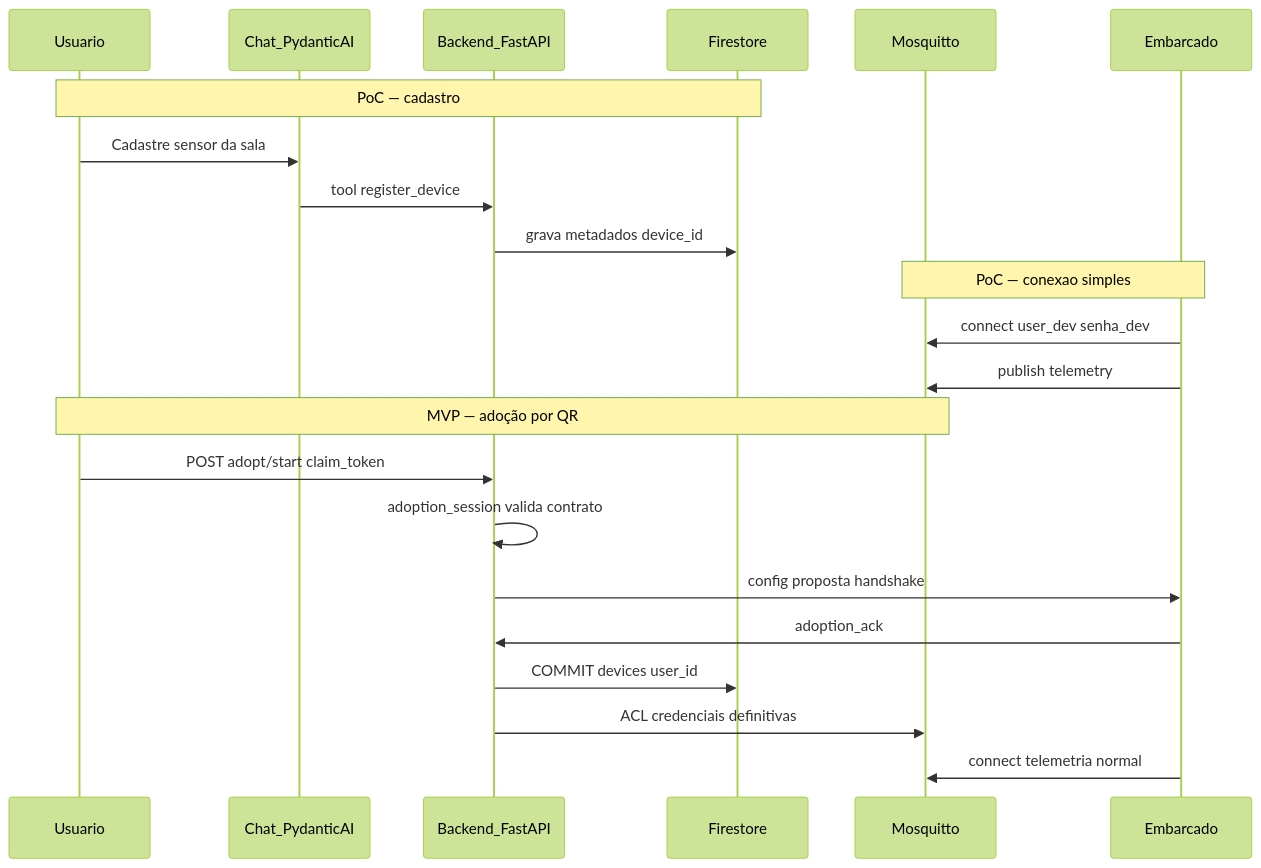
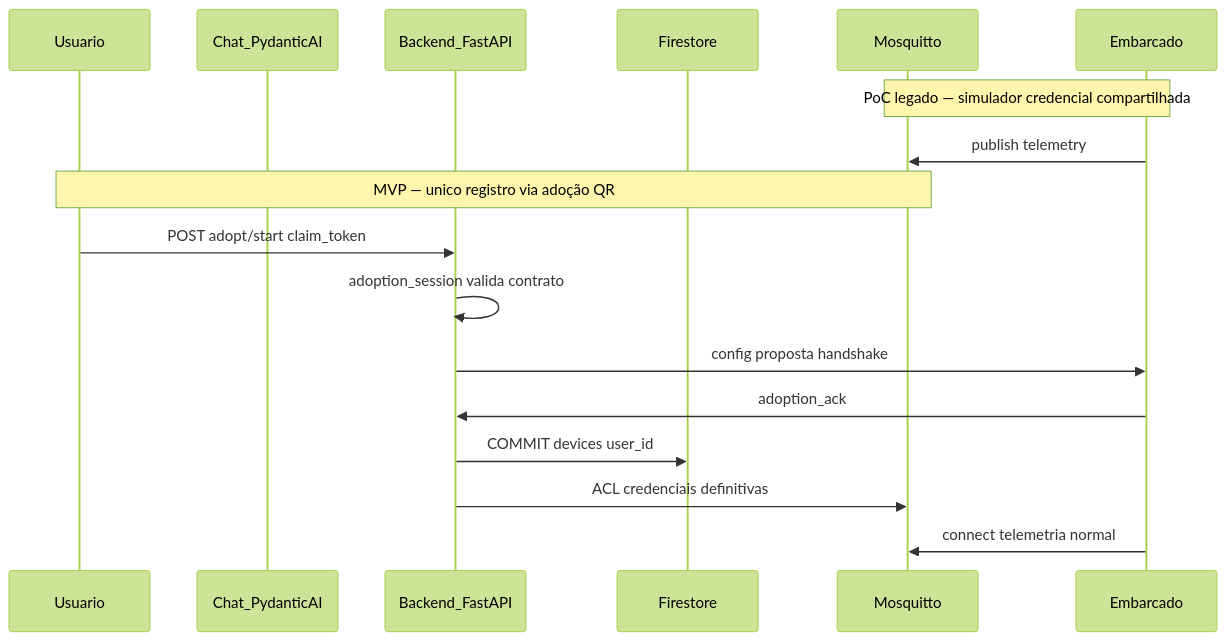
One commit to andrequeiroz2/chat-mqtt changed the second of 3 diagrams in docs/requirements.md. Above: the diagram before and after it, drawn with Mermaid (forest theme). The commit also changed other lines of this file and 57 other files, not shown here.

````diff
--- a/docs/requirements.md
+++ b/docs/requirements.md
@@ -194,27 +186,21 @@
 ```mermaid
 sequenceDiagram
   participant User as Usuario
   participant Chat as Chat_PydanticAI
   participant API as Backend_FastAPI
   participant FS as Firestore
   participant Mosq as Mosquitto
   participant ESP as Embarcado
 
-  Note over User,FS: PoC — cadastro
-  User->>Chat: Cadastre sensor da sala
-  Chat->>API: tool register_device
-  API->>FS: grava metadados device_id
-
-  Note over ESP,Mosq: PoC — conexao simples
-  ESP->>Mosq: connect user_dev senha_dev
+  Note over ESP,Mosq: PoC legado — simulador credencial compartilhada
   ESP->>Mosq: publish telemetry
 
-  Note over User,Mosq: MVP — adoção por QR
+  Note over User,Mosq: MVP — unico registro via adoção QR
   User->>API: POST adopt/start claim_token
   API->>API: adoption_session valida contrato
   API->>ESP: config proposta handshake
   ESP->>API: adoption_ack
   API->>FS: COMMIT devices user_id
   API->>Mosq: ACL credenciais definitivas
   ESP->>Mosq: connect telemetria normal
 ```
````
